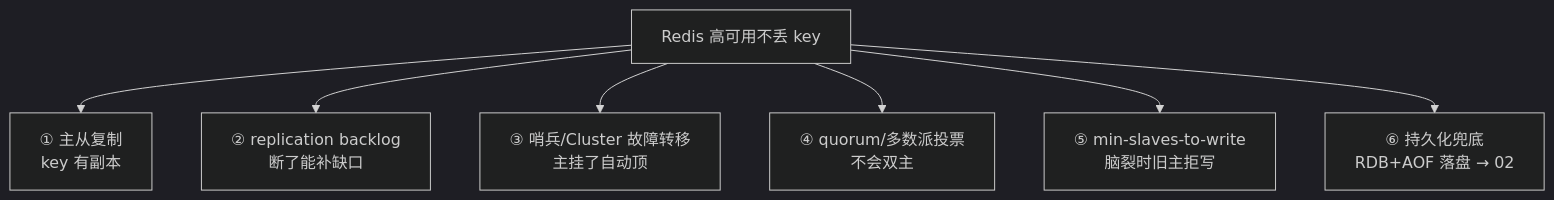
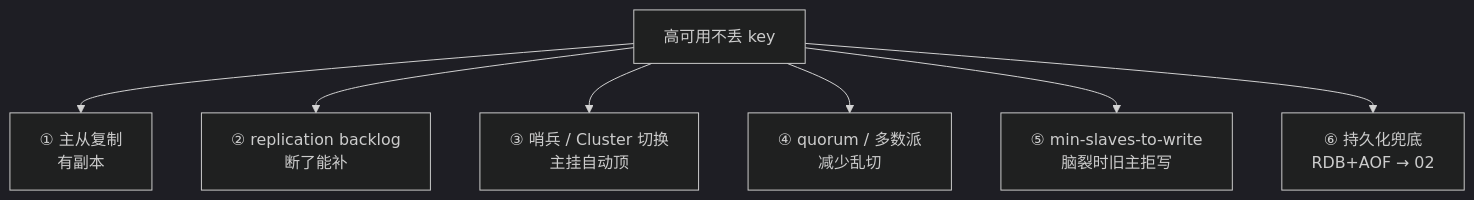
The seventh of 8 diagrams in 02-中间件与数据库/02-Redis/03-高可用与集群/知识点.md (ml-cuizijun/LearnToLilith), drawn with Mermaid (dark theme) before and after one commit. The commit also changed other lines of this file and 178 other files, not shown here.

````diff
--- a/02-中间件与数据库/02-Redis/03-高可用与集群/知识点.md
+++ b/02-中间件与数据库/02-Redis/03-高可用与集群/知识点.md
@@ -466,9 +522,9 @@
 ```mermaid
 flowchart TB
-    R["Redis 高可用不丢 key"] --> G1["① 主从复制<br/>key 有副本"]
-    R --> G2["② replication backlog<br/>断了能补缺口"]
-    R --> G3["③ 哨兵/Cluster 故障转移<br/>主挂了自动顶"]
-    R --> G4["④ quorum/多数派投票<br/>不会双主"]
+    R["高可用不丢 key"] --> G1["① 主从复制<br/>有副本"]
+    R --> G2["② replication backlog<br/>断了能补"]
+    R --> G3["③ 哨兵 / Cluster 切换<br/>主挂自动顶"]
+    R --> G4["④ quorum / 多数派<br/>减少乱切"]
     R --> G5["⑤ min-slaves-to-write<br/>脑裂时旧主拒写"]
-    R --> G6["⑥ 持久化兜底<br/>RDB+AOF 落盘 → 02"]
+    R --> G6["⑥ 持久化兜底<br/>RDB+AOF → 02"]
 ```
````
